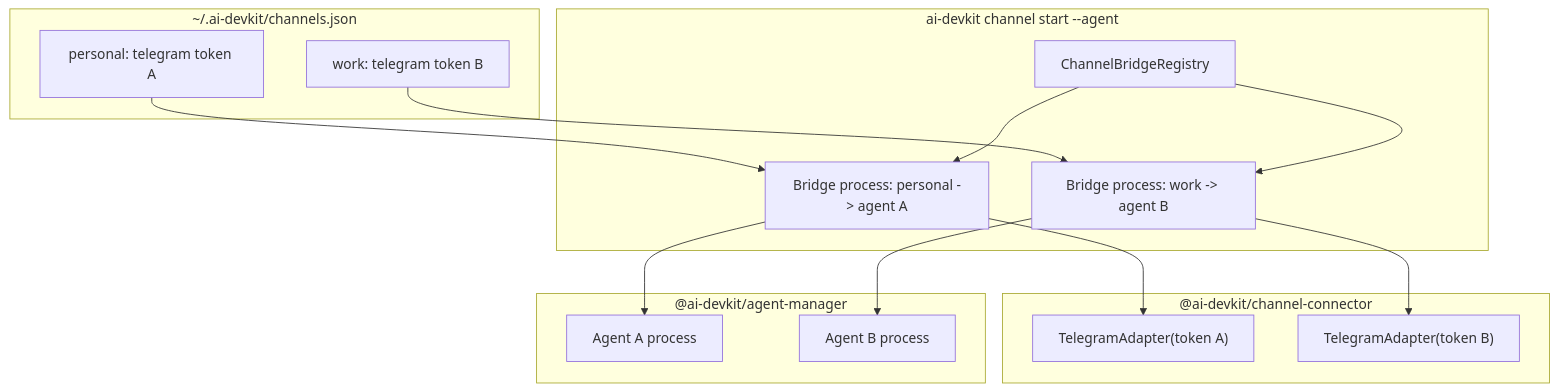
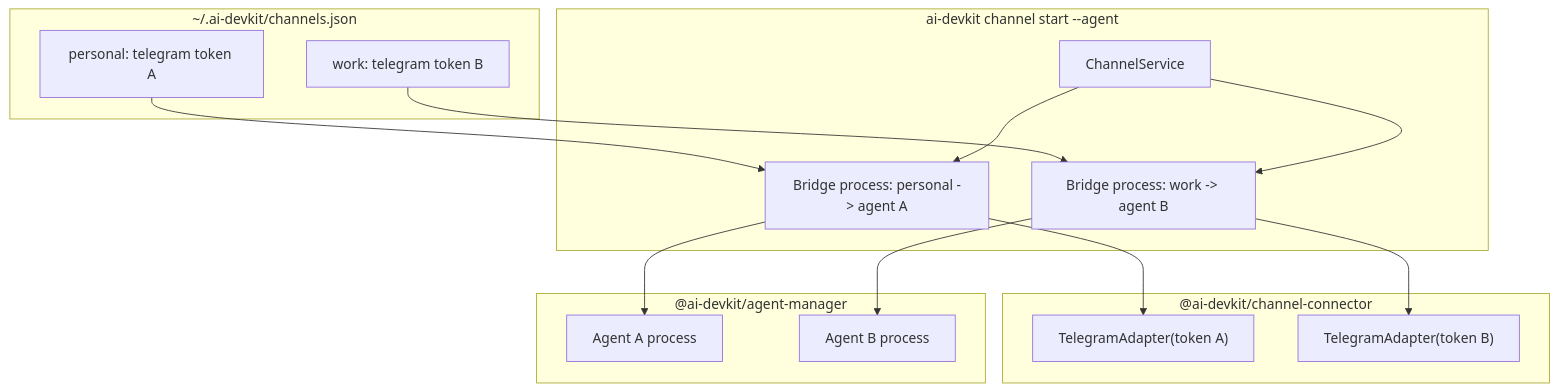
One commit to codeaholicguy/ai-devkit changed the diagram in docs/ai/design/feature-multi-telegram-channels.md. Above: the diagram before and after it, drawn with Mermaid. The commit also changed other lines of this file and 3 other files, not shown here.

````diff
--- a/docs/ai/design/feature-multi-telegram-channels.md
+++ b/docs/ai/design/feature-multi-telegram-channels.md
@@ -13,32 +13,32 @@
 ```mermaid
 graph TD
     subgraph Config["~/.ai-devkit/channels.json"]
         C1["personal: telegram token A"]
         C2["work: telegram token B"]
     end
 
     subgraph CLI["ai-devkit channel start <name> --agent <agent>"]
         S1["Bridge process: personal -> agent A"]
         S2["Bridge process: work -> agent B"]
-        PM["ChannelBridgeRegistry"]
+        PM["ChannelService"]
     end
 
     subgraph Connector["@ai-devkit/channel-connector"]
         TA1["TelegramAdapter(token A)"]
         TA2["TelegramAdapter(token B)"]
     end
 
     subgraph Agents["@ai-devkit/agent-manager"]
         A1["Agent A process"]
         A2["Agent B process"]
     end
 
     C1 --> S1
     C2 --> S2
     S1 --> TA1
     S2 --> TA2
     S1 --> A1
     S2 --> A2
     PM --> S1
     PM --> S2
 ```
````
